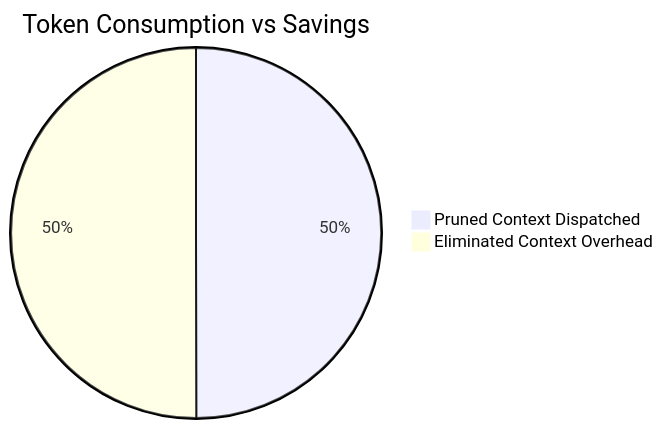
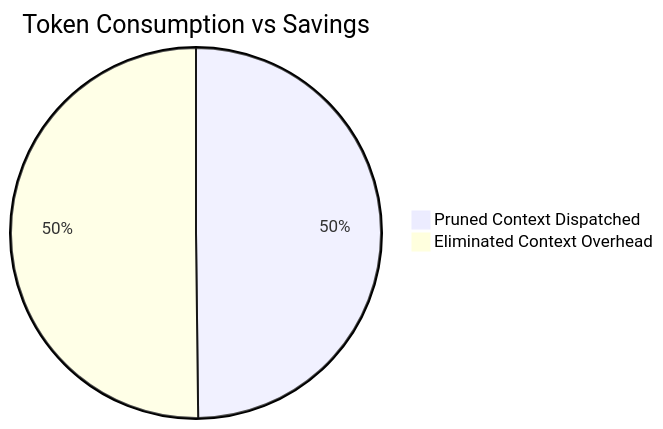
One commit to lakhwindersingh/nb_fairyfly changed the diagram in workplace/docs/reports/token_savings_report.md. Above: the diagram before and after it, drawn with Mermaid. The commit also changed other lines of this file and 31 other files, not shown here.

````diff
--- a/workplace/docs/reports/token_savings_report.md
+++ b/workplace/docs/reports/token_savings_report.md
@@ -26,5 +26,5 @@
 ```mermaid
 pie title Token Consumption vs Savings
-    "Pruned Context Dispatched" : 37486198
-    "Eliminated Context Overhead" : 37525309
+    "Pruned Context Dispatched" : 39280066
+    "Eliminated Context Overhead" : 39576776
 ```
````
